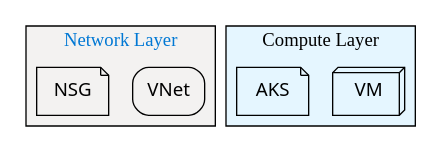
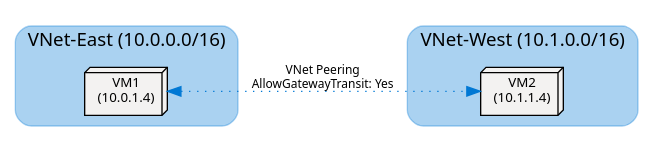
One commit to andikatjacobdennis/graphviz-tutorial changed the fifth of 7 diagrams in 3-advanced-techniques/subgraphs.md. Above: the diagram before and after it, drawn with Graphviz. The commit also changed other lines of this file and 6 other files, not shown here.

````diff
--- a/3-advanced-techniques/subgraphs.md
+++ b/3-advanced-techniques/subgraphs.md
@@ -128,24 +199,38 @@
 ```dot
-digraph StyledGroups {
-    // Shared style for all clusters
-    node [fontname="Segoe UI"];
-    edge [fontsize=8];
-    
-    subgraph cluster_network {
-        label="Network Layer";
-        bgcolor="#F3F2F1";
-        fontcolor="#0078D4";
-        
-        VNet [shape=box, style="rounded"];
-        NSG [shape=note];
+digraph VNetPeering {
+    rankdir=LR;
+
+    // Global styles
+    graph [fontname="Segoe UI"];
+    node  [fontname="Segoe UI", fontsize=10, style=filled, fillcolor="#F3F2F1", shape=box3d];
+    edge  [fontname="Segoe UI", fontsize=9, color="#505050"];
+
+    // VNet East
+    subgraph cluster_vnet1 {
+        label="VNet-East (10.0.0.0/16)";
+        style="rounded,filled";
+        color="#0078D455";
+        bgcolor="#E5F1FB";
+
+        VM1 [label="VM1\n(10.0.1.4)"];
     }
-    
-    subgraph cluster_compute {
-        label="Compute Layer";
-        bgcolor="#E5F6FF";
-        
-        VM [shape=box3d];
-        AKS [shape=note];
+
+    // VNet West
+    subgraph cluster_vnet2 {
+        label="VNet-West (10.1.0.0/16)";
+        style="rounded,filled";
+        color="#0078D455";
+        bgcolor="#E5F1FB";
+
+        VM2 [label="VM2\n(10.1.1.4)"];
     }
+
+    // VNet Peering
+    VM1 -> VM2 [
+        label="VNet Peering\nAllowGatewayTransit: Yes",
+        style=dotted,
+        dir=both,
+        color="#0078D4"
+    ];
 }
 ```
````
